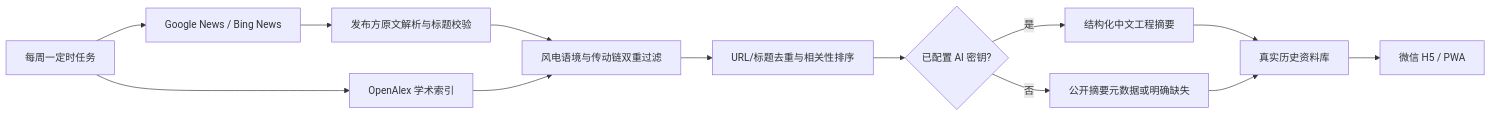
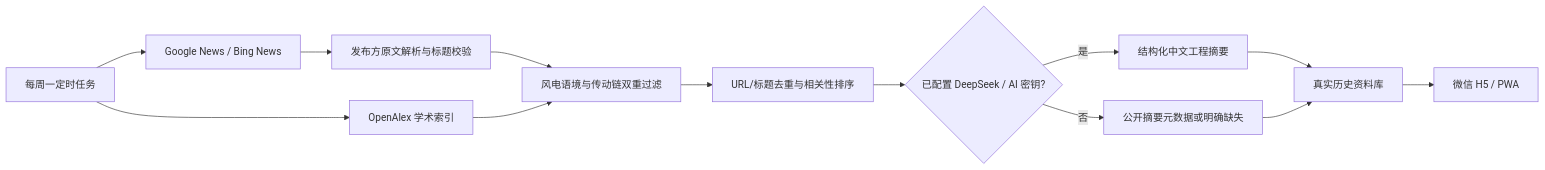
The diagram in README.md (WxF5ve/wind-drivetrain-intelligence), drawn with Mermaid before and after one commit. The commit also changed other lines of this file and 9 other files, not shown here.

Commit message:
feat: add DeepSeek summaries and feedback review

````diff
--- a/README.md
+++ b/README.md
@@ -82,15 +85,15 @@
 ```mermaid
 flowchart LR
     A["每周一定时任务"] --> B["Google News / Bing News"]
     A --> C["OpenAlex 学术索引"]
     B --> D["发布方原文解析与标题校验"]
     D --> E["风电语境与传动链双重过滤"]
     C --> E
     E --> F["URL/标题去重与相关性排序"]
-    F --> G{"已配置 AI 密钥?"}
+    F --> G{"已配置 DeepSeek / AI 密钥?"}
     G -- "是" --> H["结构化中文工程摘要"]
     G -- "否" --> I["公开摘要元数据或明确缺失"]
     H --> J["真实历史资料库"]
     I --> J
     J --> K["微信 H5 / PWA"]
 ```
````
